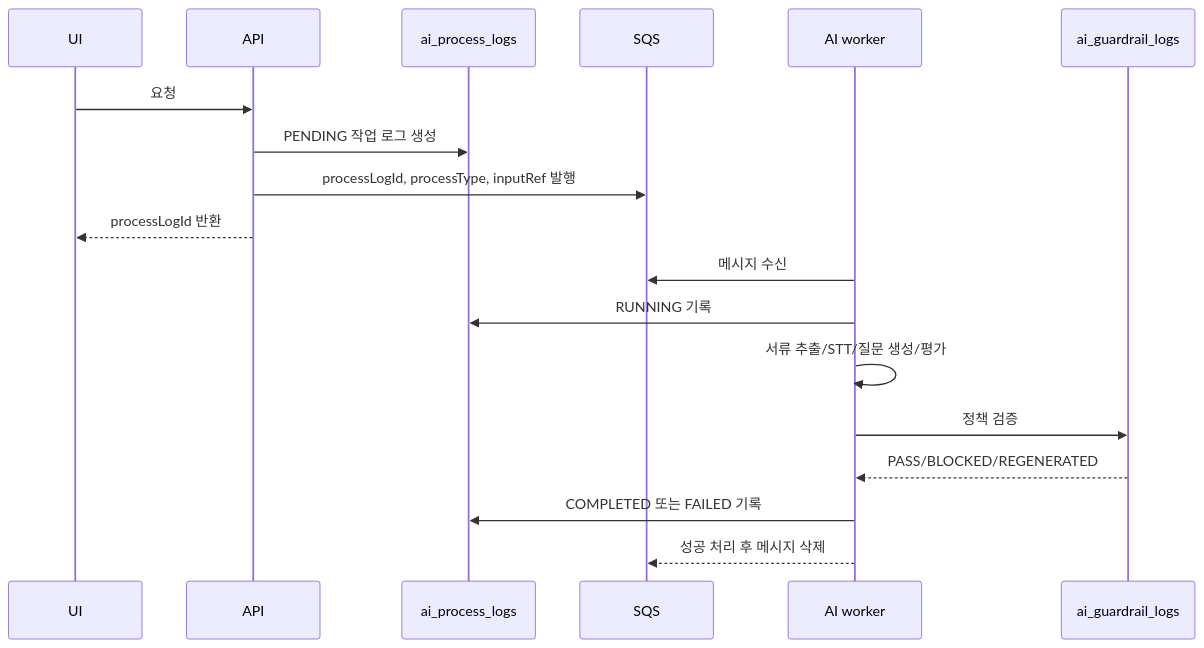
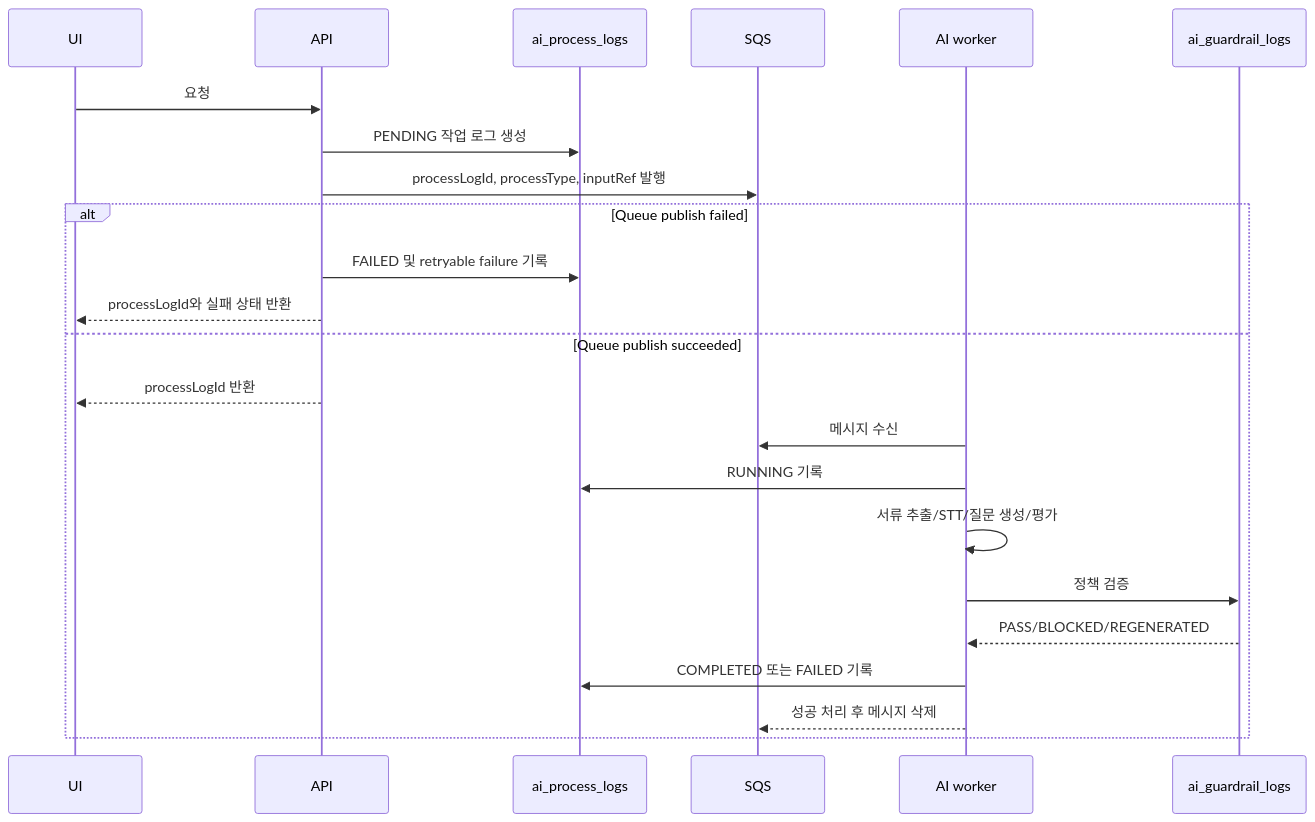
One commit to seok3m4/init changed the diagram in docs/02_architecture/async-ai-pipeline.md. Above: the diagram before and after it, drawn with Mermaid. The commit also changed 5 other files, not shown here.

Commit message:
fix: record queue publish failures

````diff
--- a/docs/02_architecture/async-ai-pipeline.md
+++ b/docs/02_architecture/async-ai-pipeline.md
@@ -16,20 +16,25 @@
 ```mermaid
 sequenceDiagram
   participant UI
   participant API
   participant Log as ai_process_logs
   participant Queue as SQS
   participant Worker as AI worker
   participant Guard as ai_guardrail_logs
   UI->>API: 요청
   API->>Log: PENDING 작업 로그 생성
   API->>Queue: processLogId, processType, inputRef 발행
+  alt Queue publish failed
+    API->>Log: FAILED 및 retryable failure 기록
+    API-->>UI: processLogId와 실패 상태 반환
+  else Queue publish succeeded
   API-->>UI: processLogId 반환
   Worker->>Queue: 메시지 수신
   Worker->>Log: RUNNING 기록
   Worker->>Worker: 서류 추출/STT/질문 생성/평가
   Worker->>Guard: 정책 검증
   Guard-->>Worker: PASS/BLOCKED/REGENERATED
   Worker->>Log: COMPLETED 또는 FAILED 기록
   Worker-->>Queue: 성공 처리 후 메시지 삭제
+  end
 ```
````
